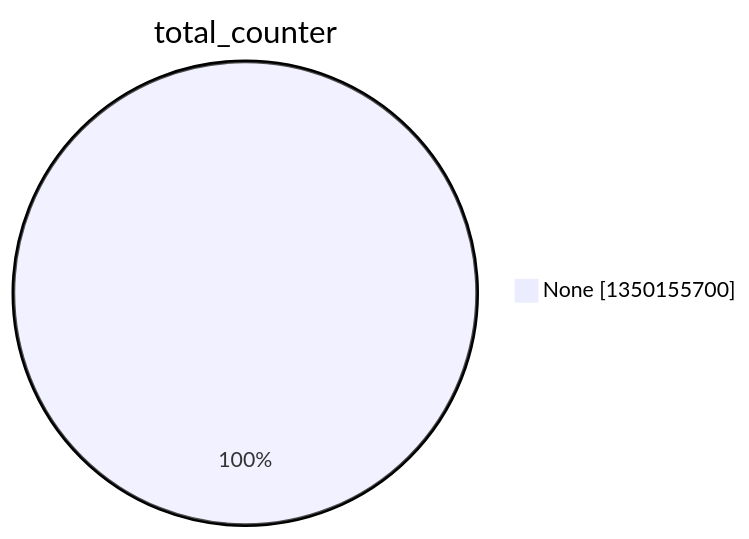
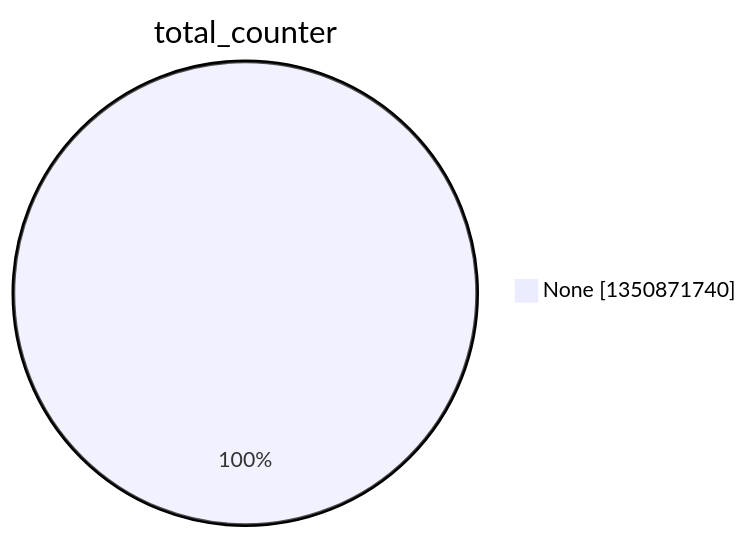
One commit to christiankrug/ctmonitor_visualization changed the second of 15 diagrams in argon2022/README.md. Above: the diagram before and after it, drawn with Mermaid. The commit also changed other lines of this file, not shown here.

````diff
--- a/argon2022/README.md
+++ b/argon2022/README.md
@@ -9,5 +9,5 @@
 ```mermaid
 pie showData
 title total_counter
-"None" :1350155700
+"None" :1350871740
 ```
````
